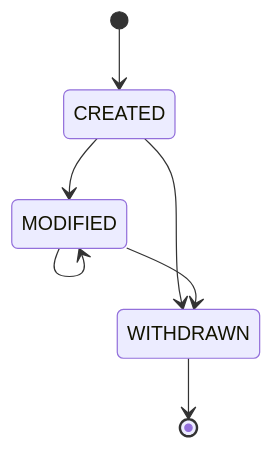
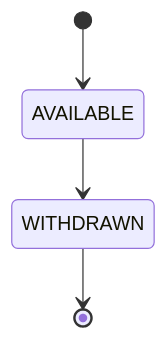
Before and after one commit to Metaform/certo: the second of 4 diagrams in docs/sce/certificate-exchange.md, drawn with Mermaid. The commit also changed other lines of this file and 30 other files, not shown here.

Commit message:
feat: simplify certificate lifecycle by combining created and modified

````diff
--- a/docs/sce/certificate-exchange.md
+++ b/docs/sce/certificate-exchange.md
@@ -194,9 +194,6 @@
 ```mermaid
 stateDiagram-v2
-    [*] --> CREATED
-    CREATED --> MODIFIED
-    MODIFIED --> MODIFIED
-    CREATED --> WITHDRAWN
-    MODIFIED --> WITHDRAWN
+    [*] --> AVAILABLE
+    AVAILABLE --> WITHDRAWN
     WITHDRAWN --> [*]
 ```
````
